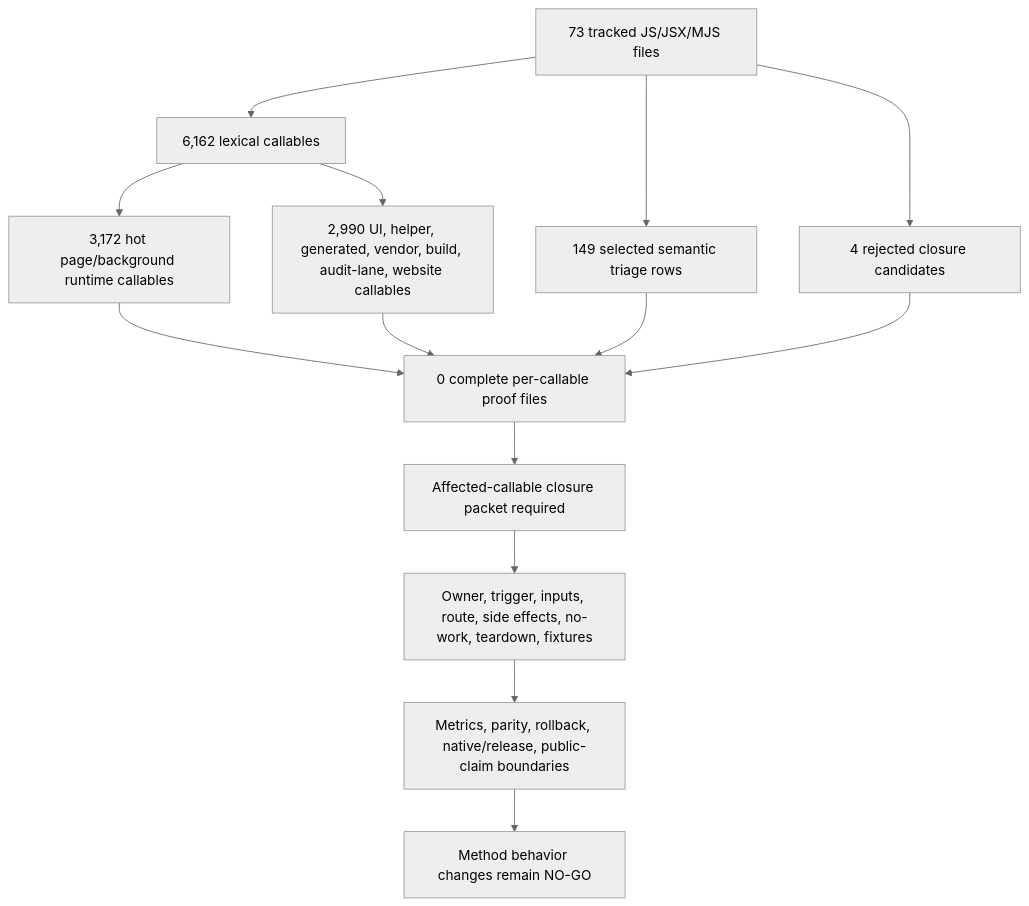
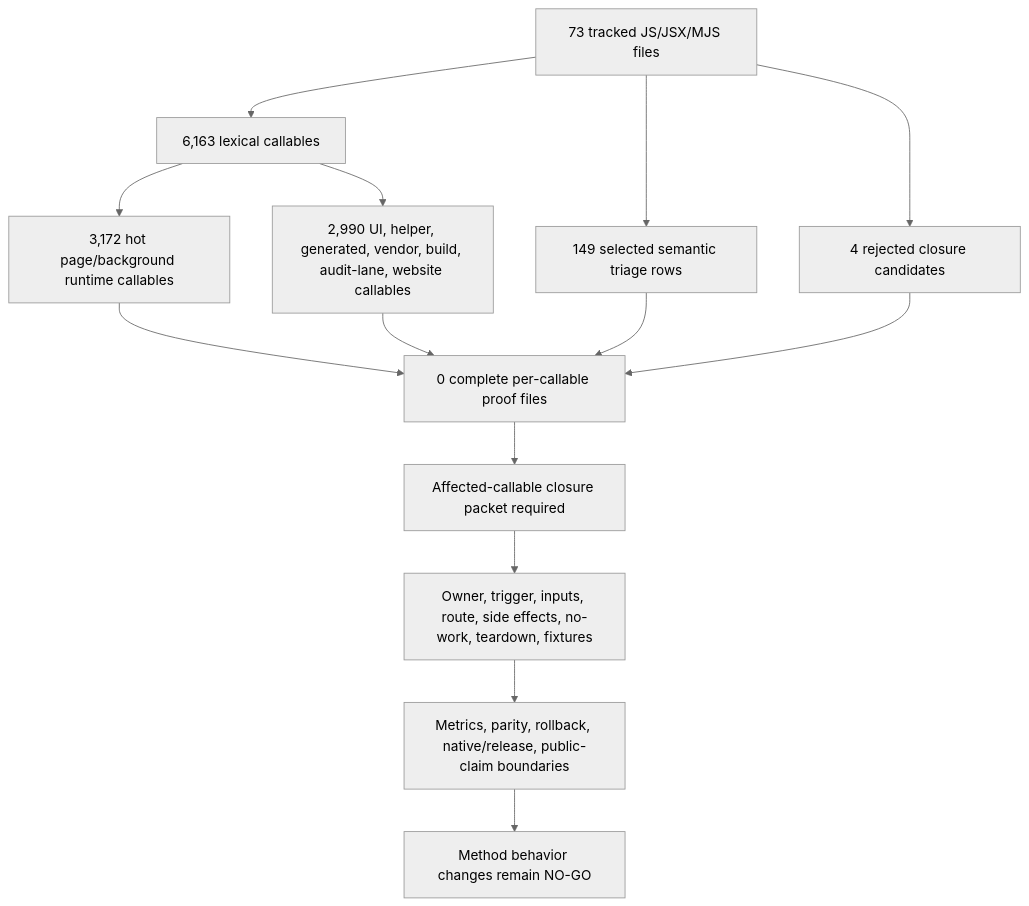
Before and after one commit to varshneydevansh/FilterTube: the first of 2 diagrams in docs/audit/FILTERTUBE_METHOD_SEMANTIC_PROOF_GAP_INDEX_CURRENT_BEHAVIOR_2026-05-25.md, drawn with Mermaid (neutral theme). The commit also changed other lines of this file and 41 other files, not shown here.

````diff
--- a/docs/audit/FILTERTUBE_METHOD_SEMANTIC_PROOF_GAP_INDEX_CURRENT_BEHAVIOR_2026-05-25.md
+++ b/docs/audit/FILTERTUBE_METHOD_SEMANTIC_PROOF_GAP_INDEX_CURRENT_BEHAVIOR_2026-05-25.md
@@ -147,16 +147,16 @@
 ```mermaid
 flowchart TD
-  A["73 tracked JS/JSX/MJS files"] --> B["6,162 lexical callables"]
+  A["73 tracked JS/JSX/MJS files"] --> B["6,163 lexical callables"]
   B --> C["3,172 hot page/background runtime callables"]
   B --> D["2,990 UI, helper, generated, vendor, build, audit-lane, website callables"]
   A --> E["149 selected semantic triage rows"]
   A --> F["4 rejected closure candidates"]
   C --> G["0 complete per-callable proof files"]
   D --> G
   E --> G
   F --> G
   G --> H["Affected-callable closure packet required"]
   H --> I["Owner, trigger, inputs, route, side effects, no-work, teardown, fixtures"]
   I --> J["Metrics, parity, rollback, native/release, public-claim boundaries"]
   J --> K["Method behavior changes remain NO-GO"]
 ```
````
